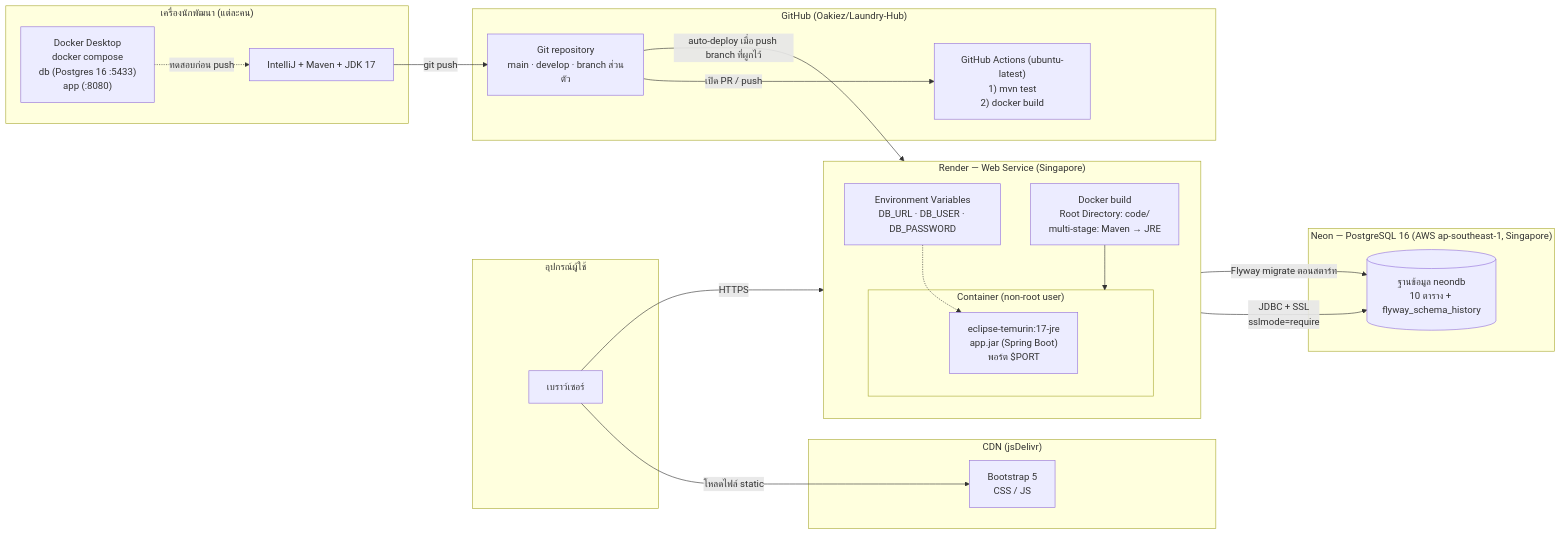
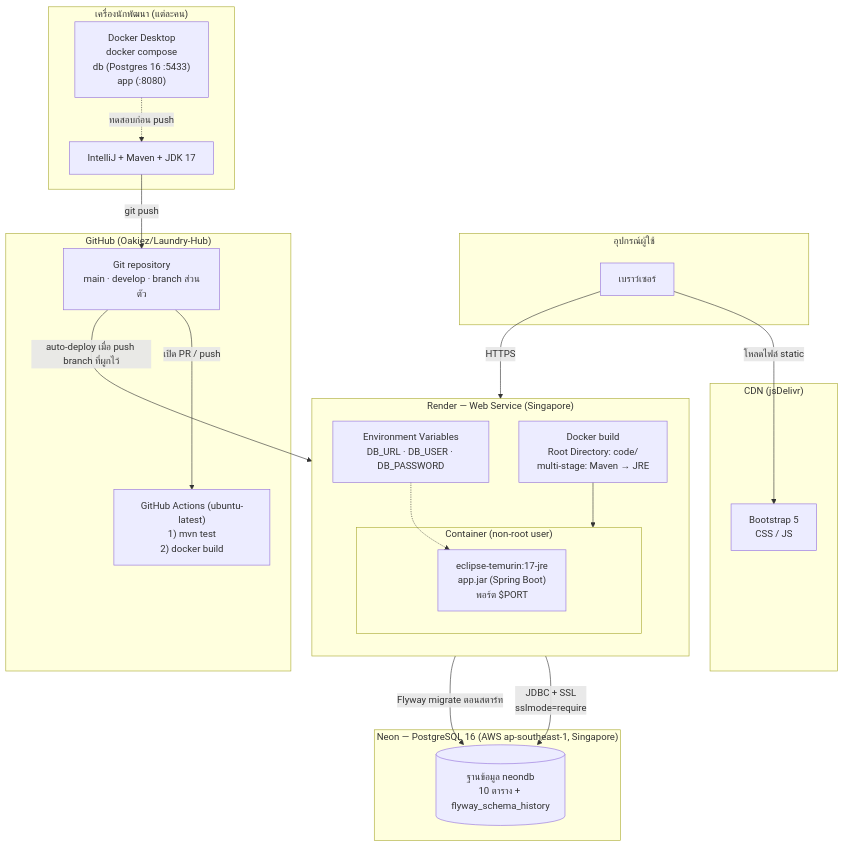
The diagram in doc/diagrams/deployment-diagram.md (Oakiez/Laundry-Hub), drawn with Mermaid before and after one commit. The commit also changed 2 other files, not shown here.

Commit message:
docs: remove unimplemented sales report use case and simplify component and deployment diagrams

````diff
--- a/doc/diagrams/deployment-diagram.md
+++ b/doc/diagrams/deployment-diagram.md
@@ -5,44 +5,44 @@
 ```mermaid
-flowchart LR
+flowchart TB
     subgraph USER["อุปกรณ์ผู้ใช้"]
         BR["เบราว์เซอร์"]
     end
 
     subgraph CDN["CDN (jsDelivr)"]
         BS["Bootstrap 5<br/>CSS / JS"]
     end
 
     subgraph DEV["เครื่องนักพัฒนา (แต่ละคน)"]
         IDE["IntelliJ + Maven + JDK 17"]
         DC["Docker Desktop<br/>docker compose<br/>db (Postgres 16 :5433)<br/>app (:8080)"]
     end
 
     subgraph GH["GitHub (Oakiez/Laundry-Hub)"]
         REPO["Git repository<br/>main · develop · branch ส่วนตัว"]
         CI["GitHub Actions (ubuntu-latest)<br/>1) mvn test<br/>2) docker build"]
     end
 
     subgraph RENDER["Render — Web Service (Singapore)"]
         direction TB
         BUILD["Docker build<br/>Root Directory: code/<br/>multi-stage: Maven → JRE"]
         subgraph CNT["Container (non-root user)"]
             APP["eclipse-temurin:17-jre<br/>app.jar (Spring Boot)<br/>พอร์ต $PORT"]
         end
         ENVV["Environment Variables<br/>DB_URL · DB_USER · DB_PASSWORD"]
         BUILD --> CNT
         ENVV -.-> APP
     end
 
     subgraph NEON["Neon — PostgreSQL 16 (AWS ap-southeast-1, Singapore)"]
         PG[("ฐานข้อมูล neondb<br/>10 ตาราง + flyway_schema_history")]
     end
 
     IDE -->|git push| REPO
     DC -.->|ทดสอบก่อน push| IDE
     REPO -->|เปิด PR / push| CI
     REPO -->|auto-deploy เมื่อ push branch ที่ผูกไว้| BUILD
     BR -->|HTTPS| APP
     BR -->|โหลดไฟล์ static| BS
     APP -->|JDBC + SSL<br/>sslmode=require| PG
     APP -->|Flyway migrate ตอนสตาร์ท| PG
 ```
````
